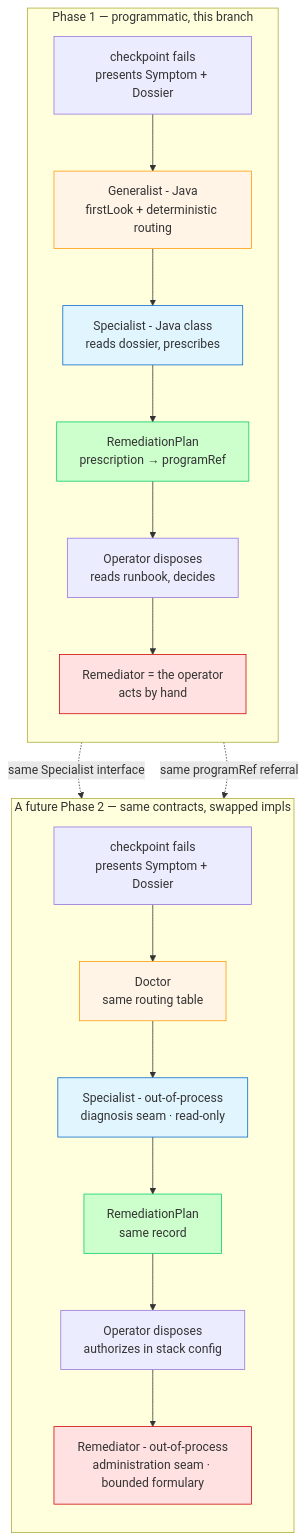
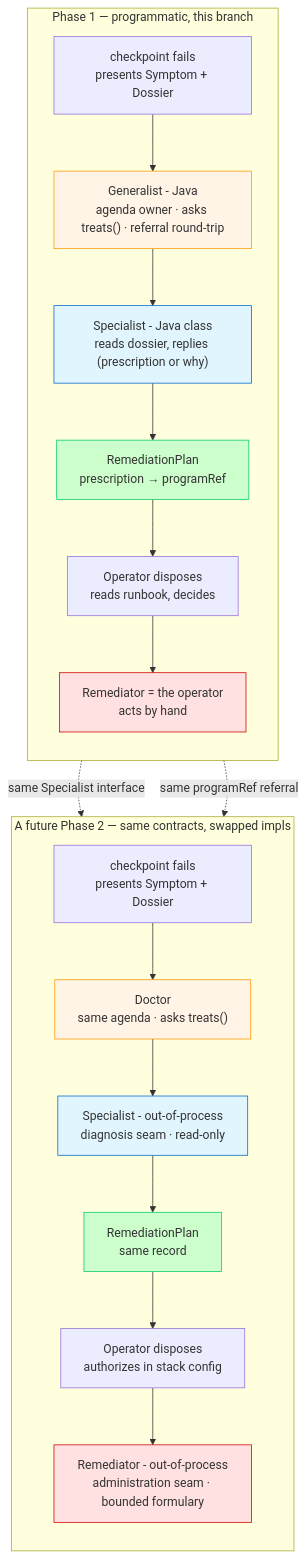
Before and after one commit to nxmatic/rke2lab: the fourth of 4 diagrams in wip/spec.adoc, drawn with Mermaid. The commit also changed other lines of this file and 3 other files, not shown here.

First line of the commit message:
docs(wip): rules-engine exploration + Drools-specialist prototype + consultation round-trip

```diff
--- a/wip/spec.adoc
+++ b/wip/spec.adoc
@@ -610,37 +649,37 @@
 [mermaid]
 ----
 graph TB
     subgraph P1["Phase 1 — programmatic, this branch"]
         direction TB
         FAIL1["checkpoint fails<br/>presents Symptom + Dossier"]
-        GEN1["Generalist - Java<br/>firstLook + deterministic routing"]
-        SPEC1["Specialist - Java class<br/>reads dossier, prescribes"]
+        GEN1["Generalist - Java<br/>agenda owner · asks treats() · referral round-trip"]
+        SPEC1["Specialist - Java class<br/>reads dossier, replies (prescription or why)"]
         PLAN1["RemediationPlan<br/>prescription → programRef"]
         OPER1["Operator disposes<br/>reads runbook, decides"]
         REM1["Remediator = the operator<br/>acts by hand"]
         FAIL1 --> GEN1 --> SPEC1 --> PLAN1 --> OPER1 --> REM1
     end
 
     subgraph P2["A future Phase 2 — same contracts, swapped impls"]
         direction TB
         FAIL2["checkpoint fails<br/>presents Symptom + Dossier"]
-        GEN2["Doctor<br/>same routing table"]
+        GEN2["Doctor<br/>same agenda · asks treats()"]
         SPEC2["Specialist - out-of-process<br/>diagnosis seam · read-only"]
         PLAN2["RemediationPlan<br/>same record"]
         OPER2["Operator disposes<br/>authorizes in stack config"]
         REM2["Remediator - out-of-process<br/>administration seam · bounded formulary"]
         FAIL2 --> GEN2 --> SPEC2 --> PLAN2 --> OPER2 --> REM2
     end
 
     SPEC1 -. same Specialist interface .-> SPEC2
     REM1 -. same programRef referral .-> REM2
 
     style GEN1 fill:#fff4e6,stroke:#ff9900
     style SPEC1 fill:#e1f5ff,stroke:#0066cc
     style PLAN1 fill:#ccffcc,stroke:#00cc66
     style REM1 fill:#ffe1e1,stroke:#cc0000
     style GEN2 fill:#fff4e6,stroke:#ff9900
     style SPEC2 fill:#e1f5ff,stroke:#0066cc
     style PLAN2 fill:#ccffcc,stroke:#00cc66
     style REM2 fill:#ffe1e1,stroke:#cc0000
 ----
```
